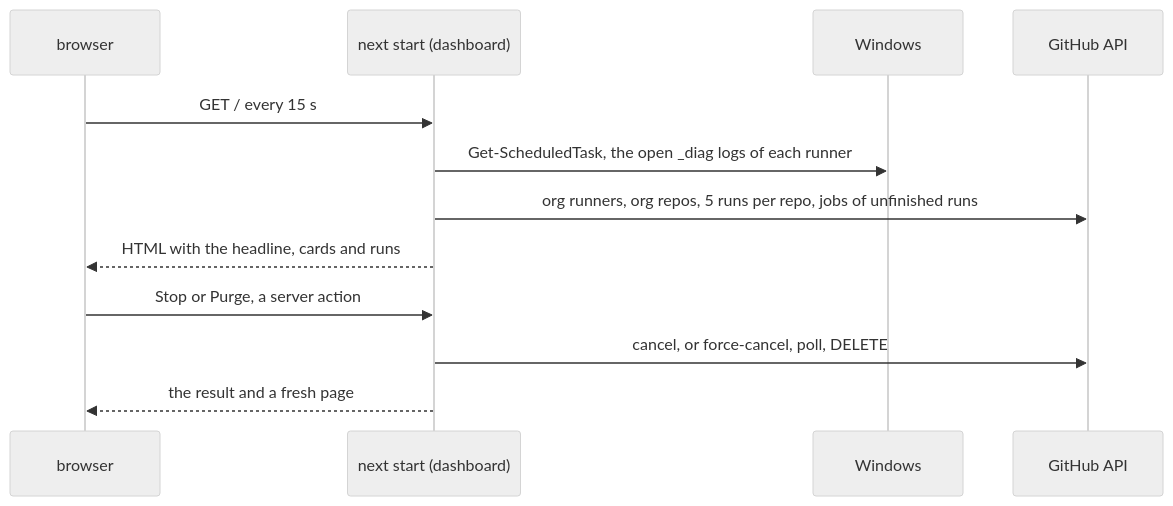
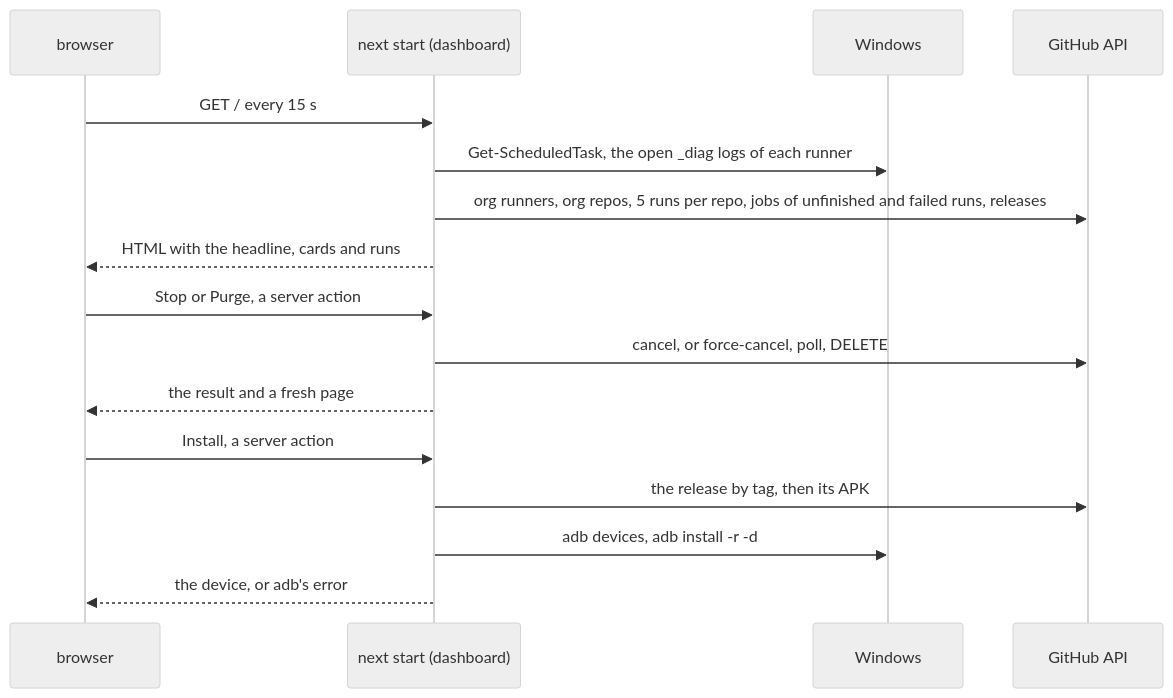
One commit to workbench-soft/local-ci changed the third of 3 diagrams in docs/architecture.md. Above: the diagram before and after it, drawn with Mermaid (neutral theme). The commit also changed other lines of this file and 4 other files, not shown here.

Commit message:
docs: release column, adb Install, failed step, PR links

````diff
--- a/docs/architecture.md
+++ b/docs/architecture.md
@@ -85,14 +96,18 @@
 ```mermaid
 sequenceDiagram
   participant B as browser
   participant N as next start (dashboard)
   participant W as Windows
   participant G as GitHub API
   B->>N: GET / every 15 s
   N->>W: Get-ScheduledTask, the open _diag logs of each runner
-  N->>G: org runners, org repos, 5 runs per repo, jobs of unfinished runs
+  N->>G: org runners, org repos, 5 runs per repo, jobs of unfinished and failed runs, releases
   N-->>B: HTML with the headline, cards and runs
   B->>N: Stop or Purge, a server action
   N->>G: cancel, or force-cancel, poll, DELETE
   N-->>B: the result and a fresh page
+  B->>N: Install, a server action
+  N->>G: the release by tag, then its APK
+  N->>W: adb devices, adb install -r -d
+  N-->>B: the device, or adb's error
 ```
````
